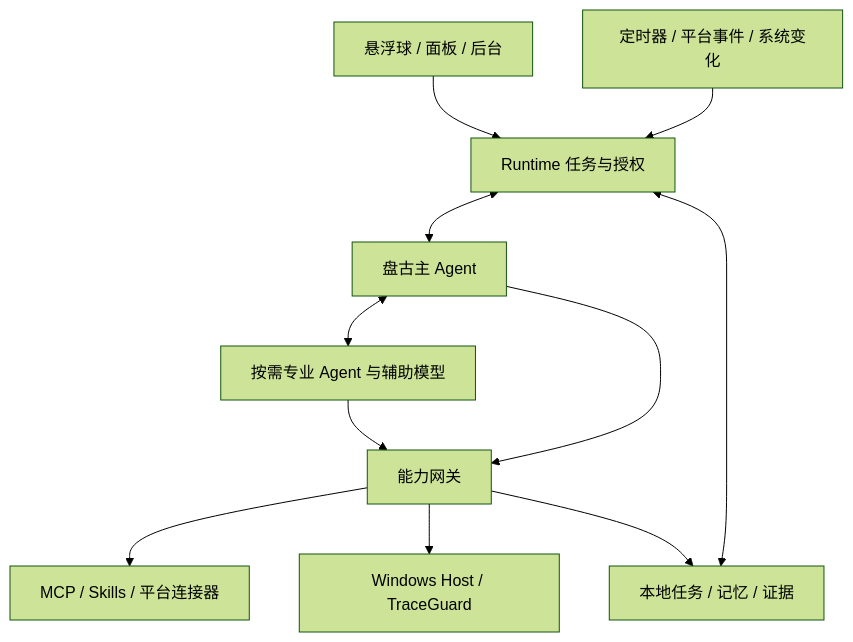
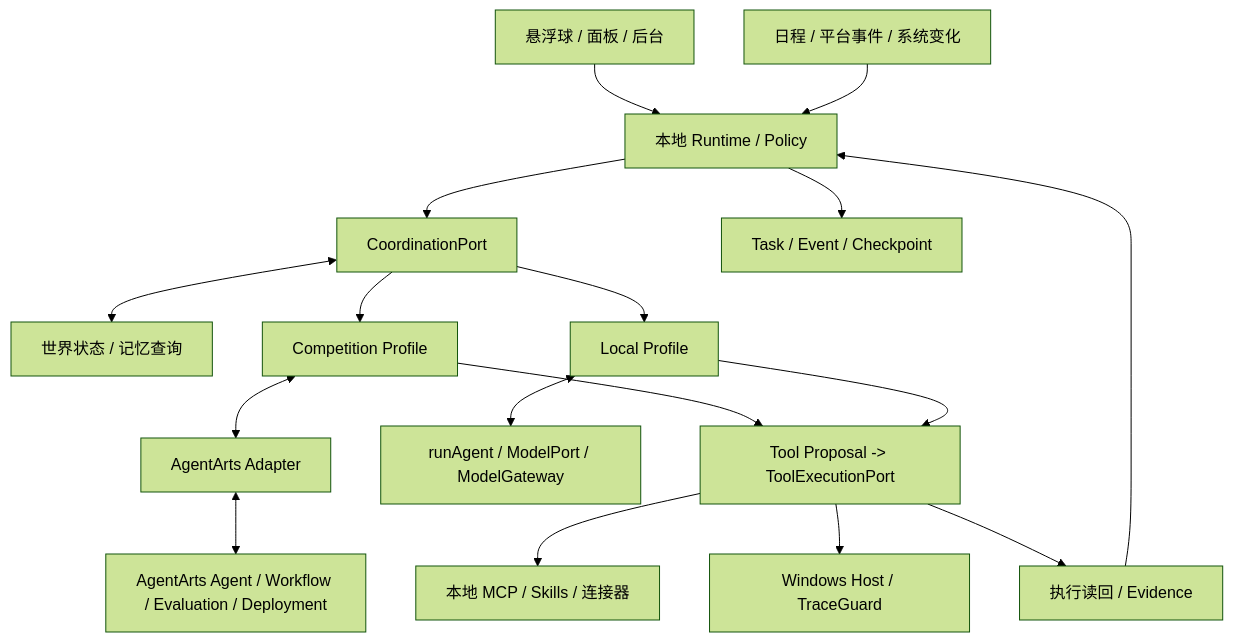
The diagram in docs/ARCHITECTURE.md (zemeng5208/PersonalAgent), drawn with Mermaid (forest theme) before and after one commit. The commit also changed other lines of this file and 40 other files, not shown here.

First line of the commit message:
docs(competition): prioritize Huawei ICT AgentArts profile (#35)

````diff
--- a/docs/ARCHITECTURE.md
+++ b/docs/ARCHITECTURE.md
@@ -42,13 +54,19 @@
 ```mermaid
 flowchart TD
-  UI[悬浮球 / 面板 / 后台] --> R[Runtime 任务与授权]
-  E[定时器 / 平台事件 / 系统变化] --> R
-  R <--> P[盘古主 Agent]
-  P <--> A[按需专业 Agent 与辅助模型]
-  P --> G[能力网关]
-  A --> G
-  G --> C[MCP / Skills / 平台连接器]
+  UI[悬浮球 / 面板 / 后台] --> R[本地 Runtime / Policy]
+  E[日程 / 平台事件 / 系统变化] --> R
+  R --> Q[CoordinationPort]
+  Q <--> K[世界状态 / 记忆查询]
+  Q --> CP[Competition Profile]
+  CP <--> AA[AgentArts Adapter]
+  AA <--> CLOUD[AgentArts Agent / Workflow / Evaluation / Deployment]
+  Q --> LP[Local Profile]
+  LP <--> M[runAgent / ModelPort / ModelGateway]
+  CP --> G[Tool Proposal -> ToolExecutionPort]
+  LP --> G
+  G --> C[本地 MCP / Skills / 连接器]
   G --> W[Windows Host / TraceGuard]
-  R <--> D[本地任务 / 记忆 / 证据]
-  G --> D
+  G --> V[执行读回 / Evidence]
+  V --> R
+  R --> S[Task / Event / Checkpoint]
 ```
````
